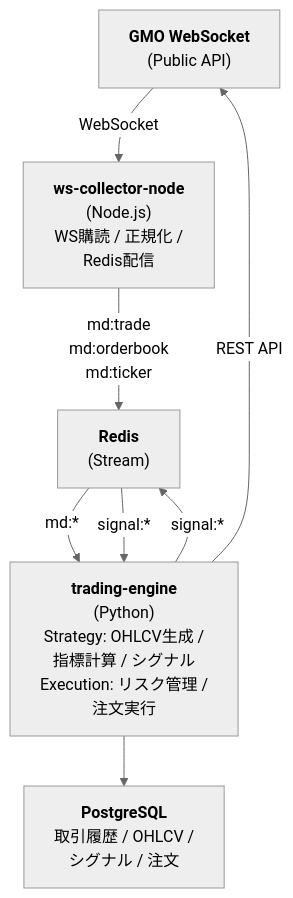
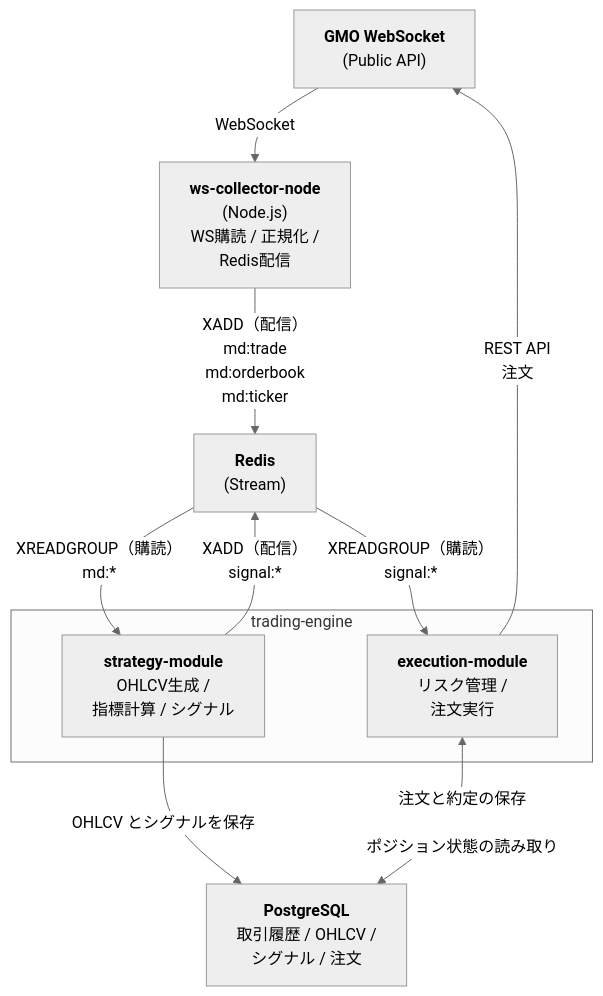
Before and after one commit to kinmapping/alpha-market-engine: the diagram in docs/architecture/01_architecture.md, drawn with Mermaid (neutral theme). The commit also changed other lines of this file and 2 other files, not shown here.

First line of the commit message:
refactor(docs): trading-engineをstrategy-moduleとexecution-moduleに分離

````diff
--- a/docs/architecture/01_architecture.md
+++ b/docs/architecture/01_architecture.md
@@ -26,16 +26,26 @@
 ```mermaid
 graph TB
     GMO["<strong>GMO WebSocket</strong><br/>(Public API)"]
     WS["<strong>ws-collector-node</strong><br/>(Node.js)<br/>WS購読 / 正規化 / <br/>Redis配信"]
     Redis["<strong>Redis</strong><br/>(Stream)"]
-    Trading["<strong>trading-engine</strong><br/>(Python)<br/>Strategy: OHLCV生成 / <br/>指標計算 / シグナル<br/>Execution: リスク管理 / <br/>注文実行"]
+    %% Trading["<strong>trading-engine</strong><br/>(Python)<br/>Strategy: OHLCV生成 / <br/>指標計算 / シグナル<br/>Execution: リスク管理 / <br/>注文実行"]
+
+    Strategy["<strong>strategy-module</strong><br/>OHLCV生成 / <br/>指標計算 / シグナル"]
+    Execution["<strong>execution-module</strong><br/>リスク管理 / <br/>注文実行"]
     DB["<strong>PostgreSQL</strong><br/>取引履歴 / OHLCV / <br/>シグナル / 注文"]
 
+    subgraph "trading-engine"
+    Strategy
+    Execution
+    end
+
     GMO -->|WebSocket| WS
-    WS -->|md:trade<br/>md:orderbook<br/>md:ticker| Redis
-    Redis -->|md:*| Trading
-    Trading -->|signal:*| Redis
-    Redis -->|signal:*| Trading
-    Trading -->|REST API| GMO
-    Trading --> DB
+    WS -->|XADD（配信）<br/>md:trade<br/>md:orderbook<br/>md:ticker| Redis
+    Redis -->|XREADGROUP（購読）<br/>md:*| Strategy
+    Strategy -->|XADD（配信）<br/>signal:*| Redis
+    Redis -->|XREADGROUP（購読）<br/>signal:*| Execution
+    Execution -->|REST API<br/>注文| GMO
+    Strategy -->|OHLCV とシグナルを保存| DB
+    %% DB --> Execution
+    Execution <-->|注文と約定の保存<br/><br/>ポジション状態の読み取り| DB
 ```
````
